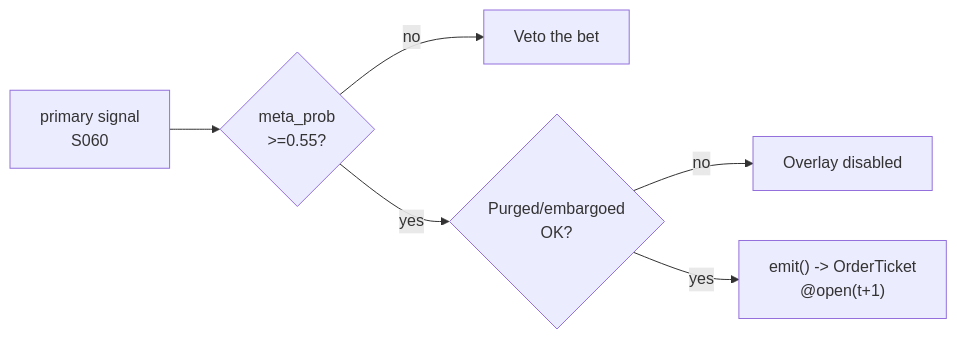
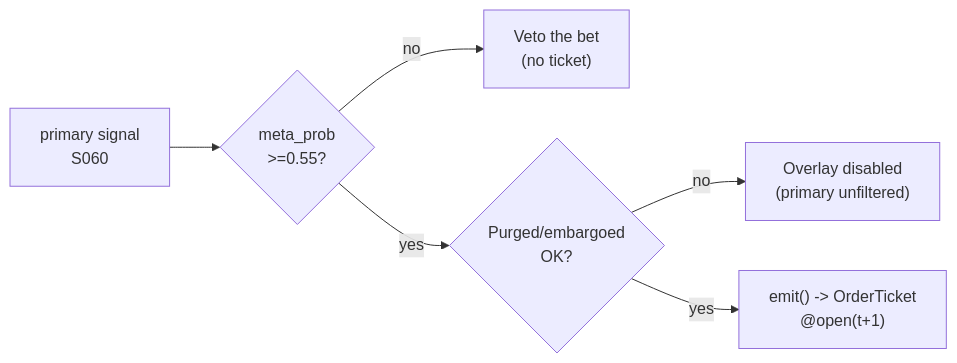
One commit to praveenguptahcl/quant-signals-deep changed the diagram in modules/strategies/T020.md. Above: the diagram before and after it, drawn with Mermaid. The commit also changed other lines of this file and 275 other files, not shown here.

````diff
--- a/modules/strategies/T020.md
+++ b/modules/strategies/T020.md
@@ -313,12 +514,14 @@
 ```mermaid
 flowchart LR
     PRIM["primary signal
 S060"] --> META{"meta_prob
 >=0.55?"}
-    META -->|no| VETO["Veto the bet"]
+    META -->|no| VETO["Veto the bet
+(no ticket)"]
     META -->|yes| VAL{"Purged/embargoed
 OK?"}
-    VAL -->|no| DIS["Overlay disabled"]
+    VAL -->|no| DIS["Overlay disabled
+(primary unfiltered)"]
     VAL -->|yes| EMIT["emit() -> OrderTicket
 @open(t+1)"]
 ```
````
